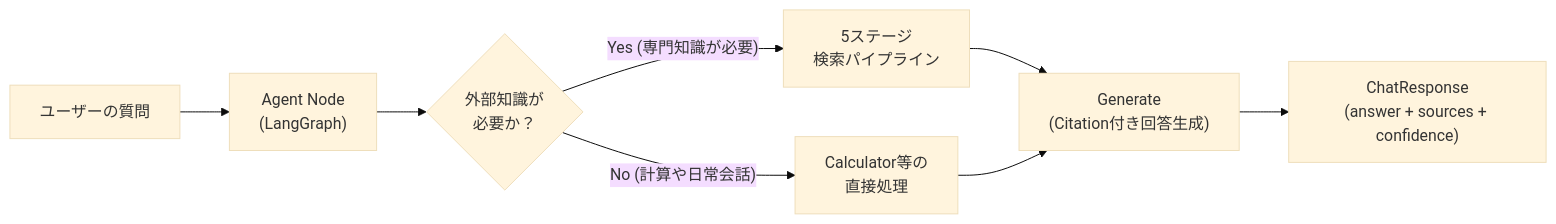
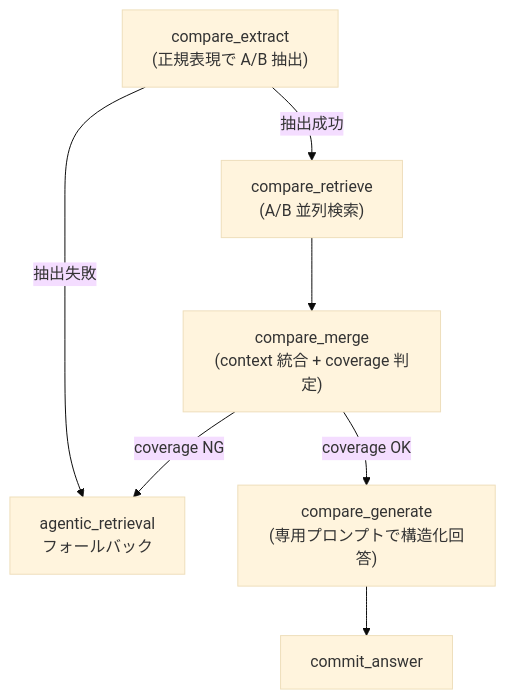
Before and after one commit to mlprototype/ai-agent-rag: the fourth of 7 diagrams in README.md, drawn with Mermaid (base theme). The commit also changed other lines of this file and 4 other files, not shown here.

Commit message:
fix: adjust API response shape for calc/direct queries and support full-width symbols in heuristic router

````diff
--- a/README.md
+++ b/README.md
@@ -191,12 +219,9 @@
 ```mermaid
-flowchart LR
-    Q["ユーザーの質問"] --> Agent["Agent Node\n(LangGraph)"]
-    Agent --> Cond{"外部知識が\n必要か？"}
-    
-    Cond -->|"No (計算や日常会話)"| Direct["Calculator等の\n直接処理"]
-    Cond -->|"Yes (専門知識が必要)"| Pipeline["5ステージ\n検索パイプライン"]
-    
-    Pipeline --> LLM["Generate\n(Citation付き回答生成)"]
-    Direct --> LLM
-    LLM --> Out["ChatResponse\n(answer + sources + confidence)"]
+flowchart TD
+    CE["compare_extract\n(正規表現で A/B 抽出)"] -->|"抽出成功"| CR["compare_retrieve\n(A/B 並列検索)"]
+    CE -->|"抽出失敗"| FB["agentic_retrieval\nフォールバック"]
+    CR --> CM["compare_merge\n(context 統合 + coverage 判定)"]
+    CM -->|"coverage OK"| CG["compare_generate\n(専用プロンプトで構造化回答)"]
+    CM -->|"coverage NG"| FB
+    CG --> QG["commit_answer"]
 ```
````
